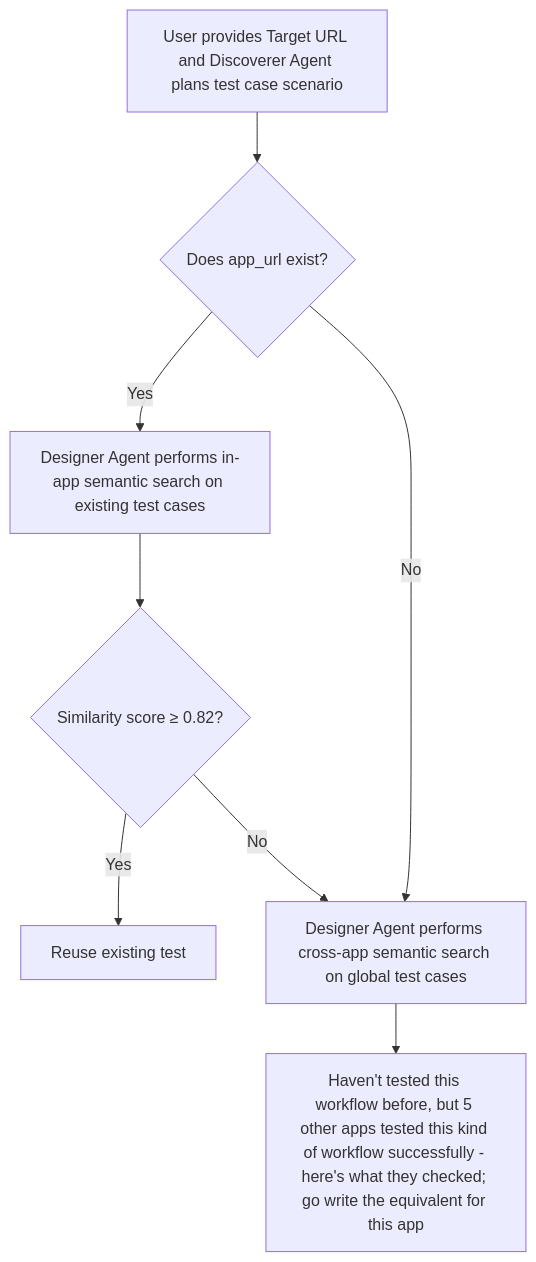
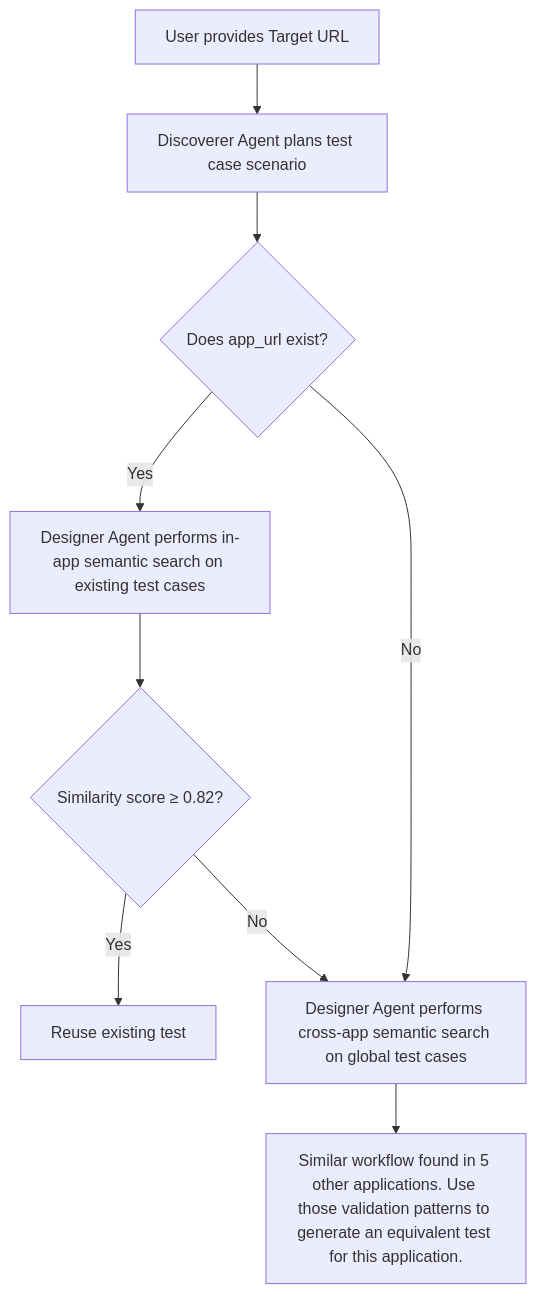
One commit to senthilcaesar/mermaid-diagrams changed the diagram in testsuite-kb.md. Above: the diagram before and after it, drawn with Mermaid.

````diff
--- a/testsuite-kb.md
+++ b/testsuite-kb.md
@@ -1,18 +1,20 @@
 ```mermaid
 flowchart TD
-    A[User provides Target URL and Discoverer Agent plans test case scenario]
+    A[User provides Target URL]
+    B[Discoverer Agent plans test case scenario]
 
-    A --> B{Does app_url exist?}
+    A --> B
+    B --> C{Does app_url exist?}
 
-    B -->|Yes| C[Designer Agent performs in-app semantic search on existing test cases]
+    C -->|Yes| D[Designer Agent performs in-app semantic search on existing test cases]
 
-    C --> D{Similarity score ≥ 0.82?}
+    D --> E{Similarity score ≥ 0.82?}
 
-    D -->|Yes| E[Reuse existing test]
+    E -->|Yes| F[Reuse existing test]
 
-    D -->|No| F[Designer Agent performs cross-app semantic search on global test cases]
+    E -->|No| G[Designer Agent performs cross-app semantic search on global test cases]
 
-    B -->|No| F
+    C -->|No| G
 
-    F --> G[Haven't tested this workflow before, but 5 other apps tested this kind of workflow successfully - here's what they checked; go write the equivalent for this app]
+    G --> H["Similar workflow found in 5 other applications. Use those validation patterns to generate an equivalent test for this application."]
 ```
````
